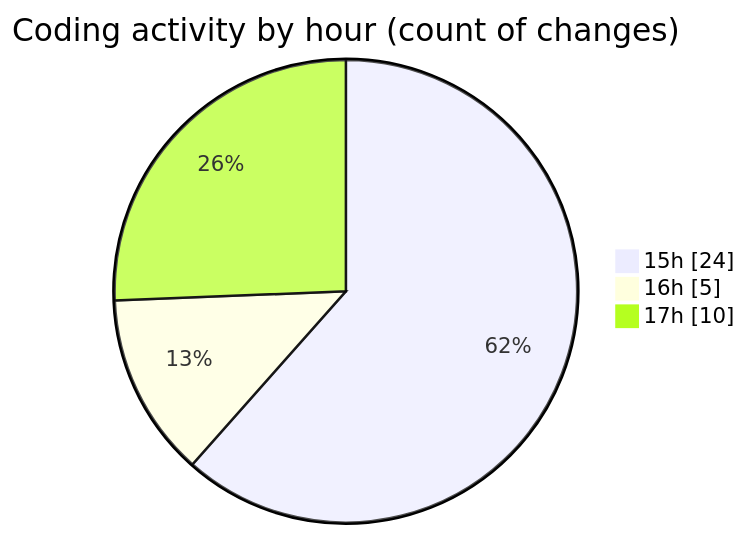
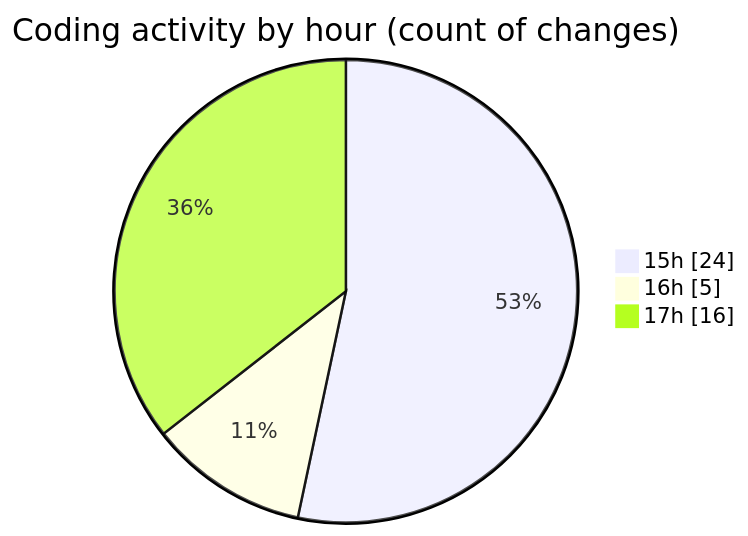
The second of 2 diagrams in 2025-08-02/tw-server/README.md (EIIisD/code-tracking), drawn with Mermaid before and after one commit. The commit also changed other lines of this file and 1 other file, not shown here.

````diff
--- a/2025-08-02/tw-server/README.md
+++ b/2025-08-02/tw-server/README.md
@@ -33,7 +35,7 @@
 ```mermaid
 pie showData
 title Coding activity by hour (count of changes)
 "15h" : 24
 "16h" : 5
-"17h" : 10
+"17h" : 16
 ```
````
